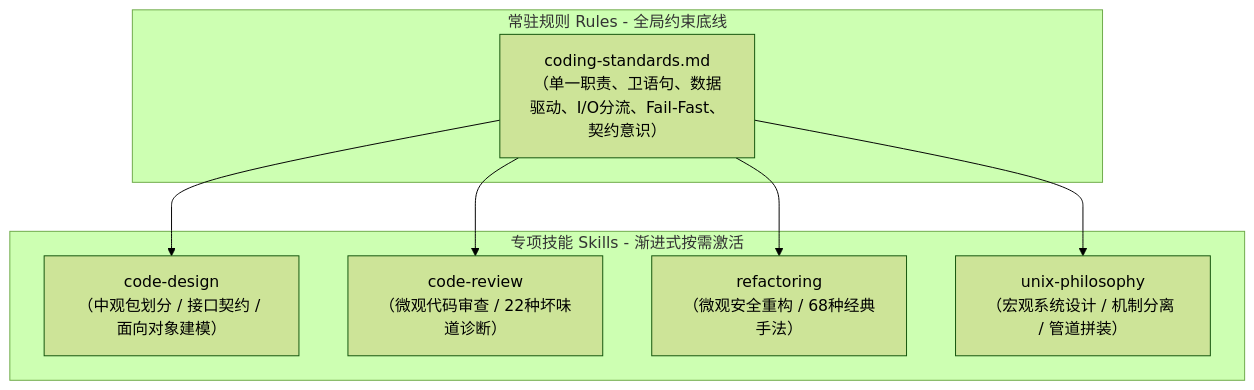
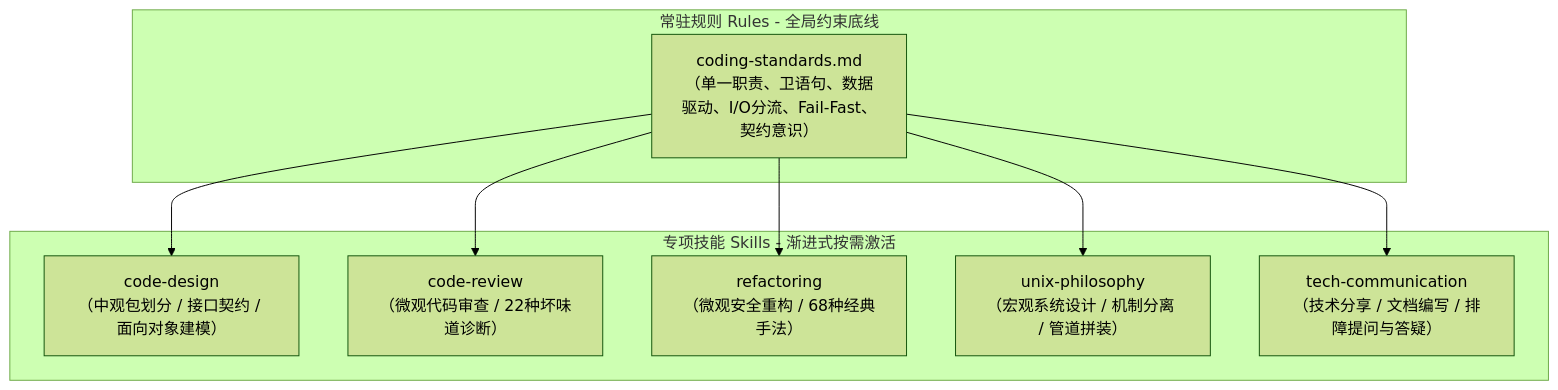
The diagram in README.md (lilucpp/code-craft), drawn with Mermaid (forest theme) before and after one commit. The commit also changed other lines of this file and 7 other files, not shown here.

Commit message:
feat: add tech-communication skill and update bilingual readmes

````diff
--- a/README.md
+++ b/README.md
@@ -13,18 +13,20 @@
 ```mermaid
 flowchart TD
     subgraph 底层常驻规则 [常驻规则 Rules - 全局约束底线]
         R["coding-standards.md<br/>（单一职责、卫语句、数据驱动、I/O分流、Fail-Fast、契约意识）"]
     end
 
     subgraph 专项技能群 [专项技能 Skills - 渐进式按需激活]
         S1["code-design<br/>（中观包划分 / 接口契约 / 面向对象建模）"]
         S2["code-review<br/>（微观代码审查 / 22种坏味道诊断）"]
         S3["refactoring<br/>（微观安全重构 / 68种经典手法）"]
         S4["unix-philosophy<br/>（宏观系统设计 / 机制分离 / 管道拼装）"]
+        S5["tech-communication<br/>（技术分享 / 文档编写 / 排障提问与答疑）"]
     end
 
     R --> S1
     R --> S2
     R --> S3
     R --> S4
+    R --> S5
 ```
````
